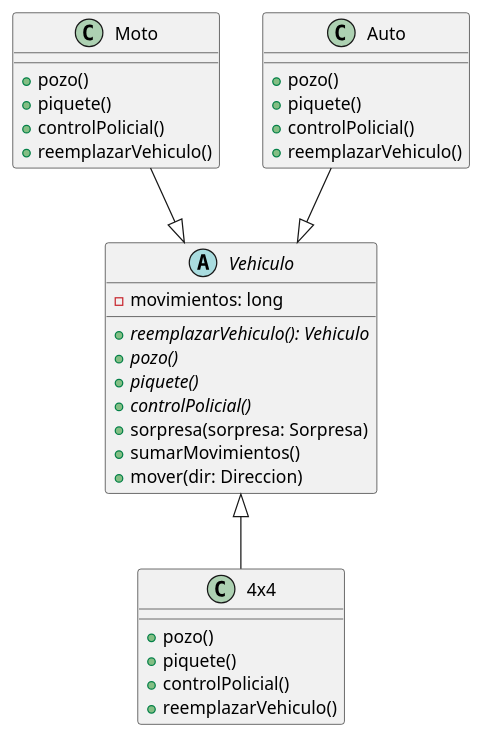
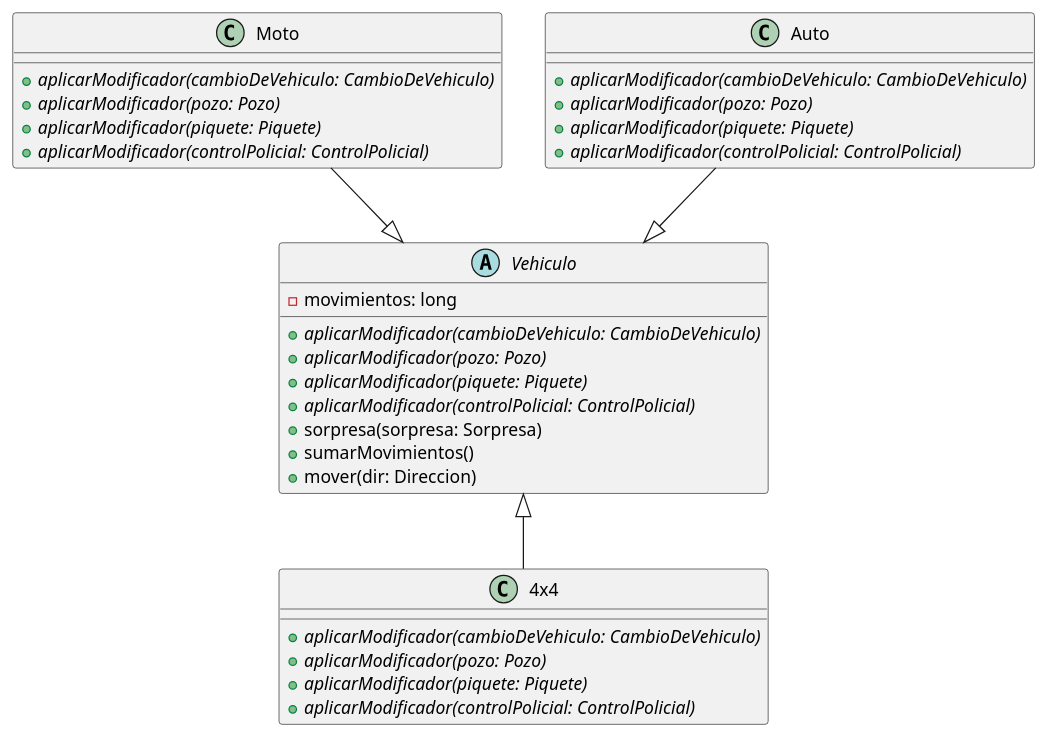
The third of 4 diagrams in diagrams/classes/modelo/modelo.plantuml (emtello/algo3_tp2_1C2022), drawn with PlantUML before and after one commit. The commit also changed other lines of this file and 6 other files, not shown here.

```diff
--- a/diagrams/classes/modelo/modelo.plantuml
+++ b/diagrams/classes/modelo/modelo.plantuml
@@ -110,40 +110,40 @@
 @startuml interface-vehiculo
 
 abstract Vehiculo {
     - movimientos: long
 
-    + {abstract} reemplazarVehiculo(): Vehiculo
-    + {abstract} pozo()
-    + {abstract} piquete()
-    + {abstract} controlPolicial()
+    + {abstract} aplicarModificador(cambioDeVehiculo: CambioDeVehiculo)
+    + {abstract} aplicarModificador(pozo: Pozo)
+    + {abstract} aplicarModificador(piquete: Piquete)
+    + {abstract} aplicarModificador(controlPolicial: ControlPolicial)
     + sorpresa(sorpresa: Sorpresa)
     + sumarMovimientos()
     + mover(dir: Direccion)
 }
 
-class 4x4 { 
-    + pozo()
-    + piquete()
-    + controlPolicial()
-    + reemplazarVehiculo()
+class 4x4 {
+    + {abstract} aplicarModificador(cambioDeVehiculo: CambioDeVehiculo)
+    + {abstract} aplicarModificador(pozo: Pozo)
+    + {abstract} aplicarModificador(piquete: Piquete)
+    + {abstract} aplicarModificador(controlPolicial: ControlPolicial)
 }
 
 class Moto {
-    + pozo()
-    + piquete()
-    + controlPolicial()
-    + reemplazarVehiculo()
+    + {abstract} aplicarModificador(cambioDeVehiculo: CambioDeVehiculo)
+    + {abstract} aplicarModificador(pozo: Pozo)
+    + {abstract} aplicarModificador(piquete: Piquete)
+    + {abstract} aplicarModificador(controlPolicial: ControlPolicial)
 }
 
 class Auto {
-    + pozo()
-    + piquete()
-    + controlPolicial()
-    + reemplazarVehiculo()
+    + {abstract} aplicarModificador(cambioDeVehiculo: CambioDeVehiculo)
+    + {abstract} aplicarModificador(pozo: Pozo)
+    + {abstract} aplicarModificador(piquete: Piquete)
+    + {abstract} aplicarModificador(controlPolicial: ControlPolicial)
 }
 
 4x4 -up-|> Vehiculo
 Auto --|> Vehiculo
 Moto --|> Vehiculo
 
 @enduml
```
